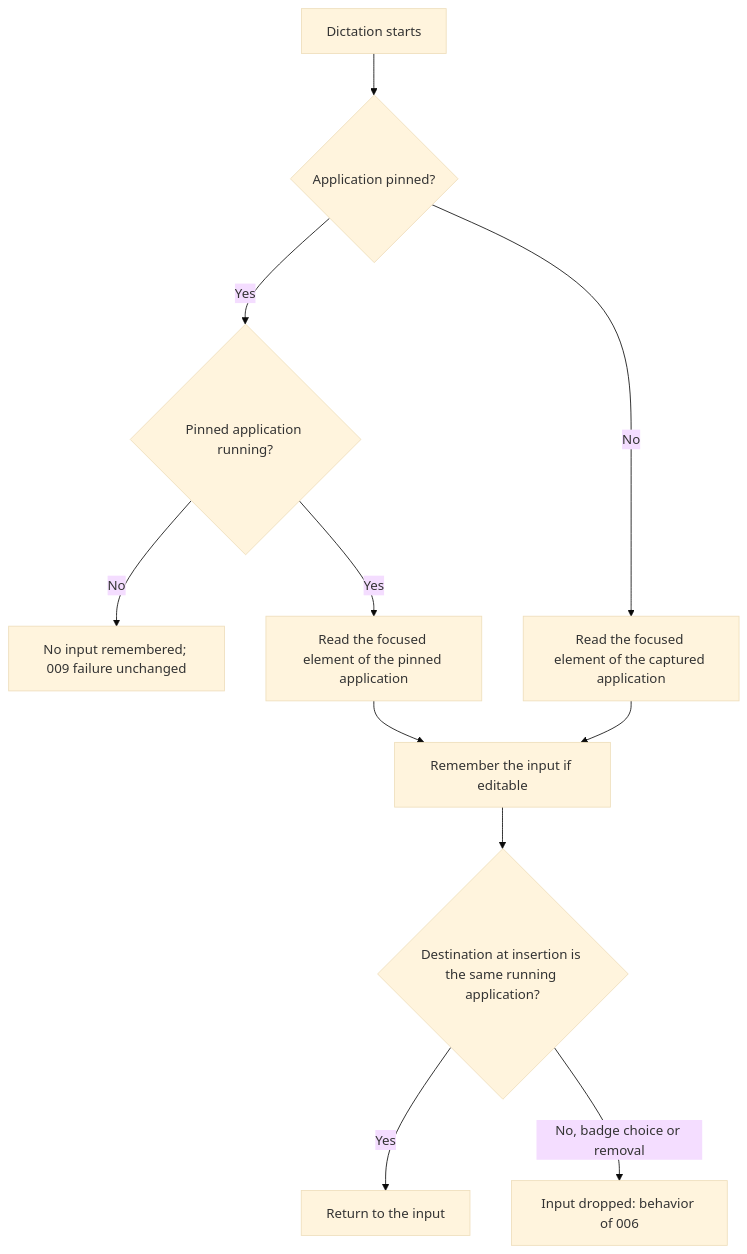
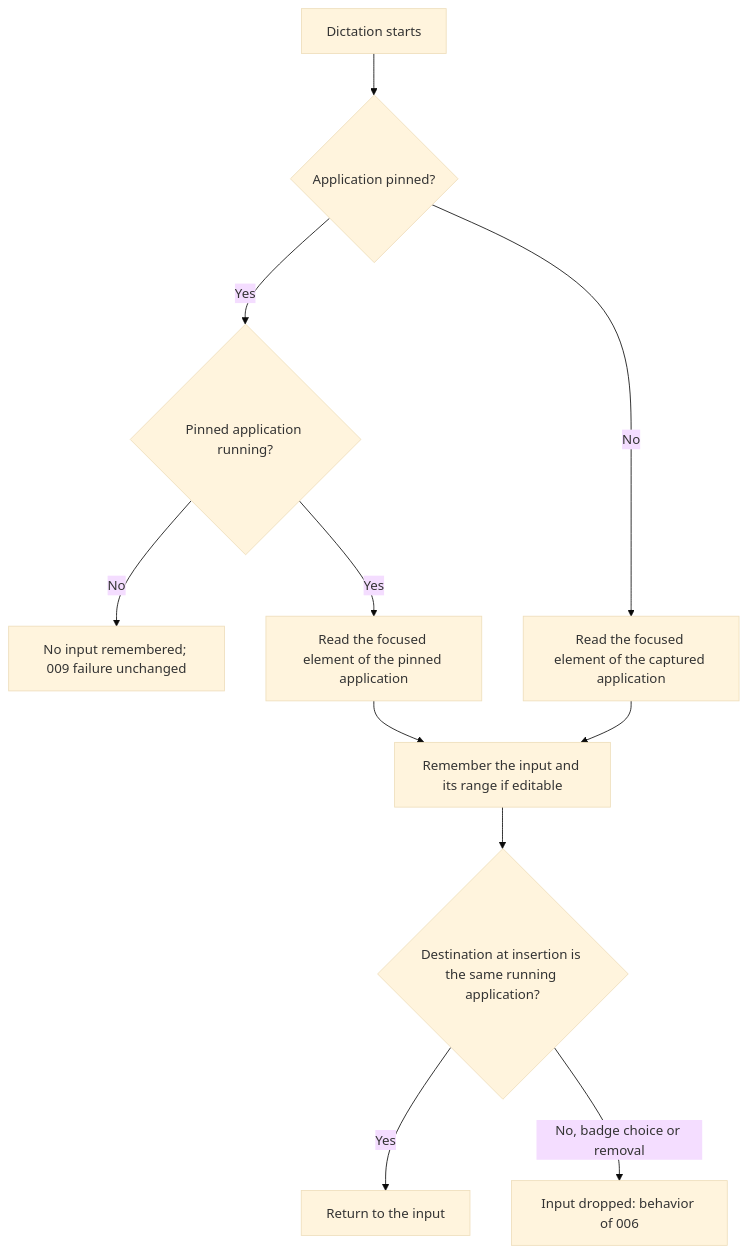
One commit to julien-m/handy changed the second of 4 diagrams in .specs/features/011-dictation-field-return/spec.md. Above: the diagram before and after it, drawn with Mermaid (base theme). The commit also changed other lines of this file and 2 other files, not shown here.

````diff
--- a/.specs/features/011-dictation-field-return/spec.md
+++ b/.specs/features/011-dictation-field-return/spec.md
@@ -95,13 +94,13 @@
 ```mermaid
 flowchart TD
   A[Dictation starts] --> B{Application pinned?}
   B -- Yes --> C{Pinned application running?}
   C -- No --> D[No input remembered; 009 failure unchanged]
   C -- Yes --> E[Read the focused element of the pinned application]
   B -- No --> F[Read the focused element of the captured application]
-  E --> G[Remember the input if editable]
+  E --> G[Remember the input and its range if editable]
   F --> G
   G --> H{Destination at insertion is the same running application?}
   H -- Yes --> I[Return to the input]
   H -- No, badge choice or removal --> J[Input dropped: behavior of 006]
 ```
````
